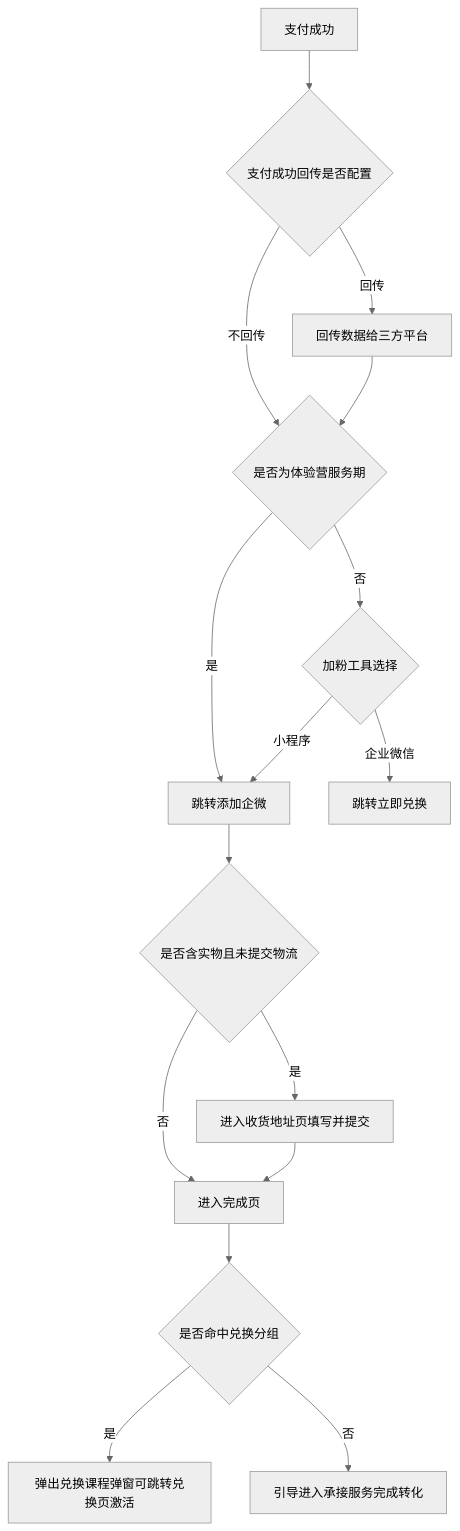
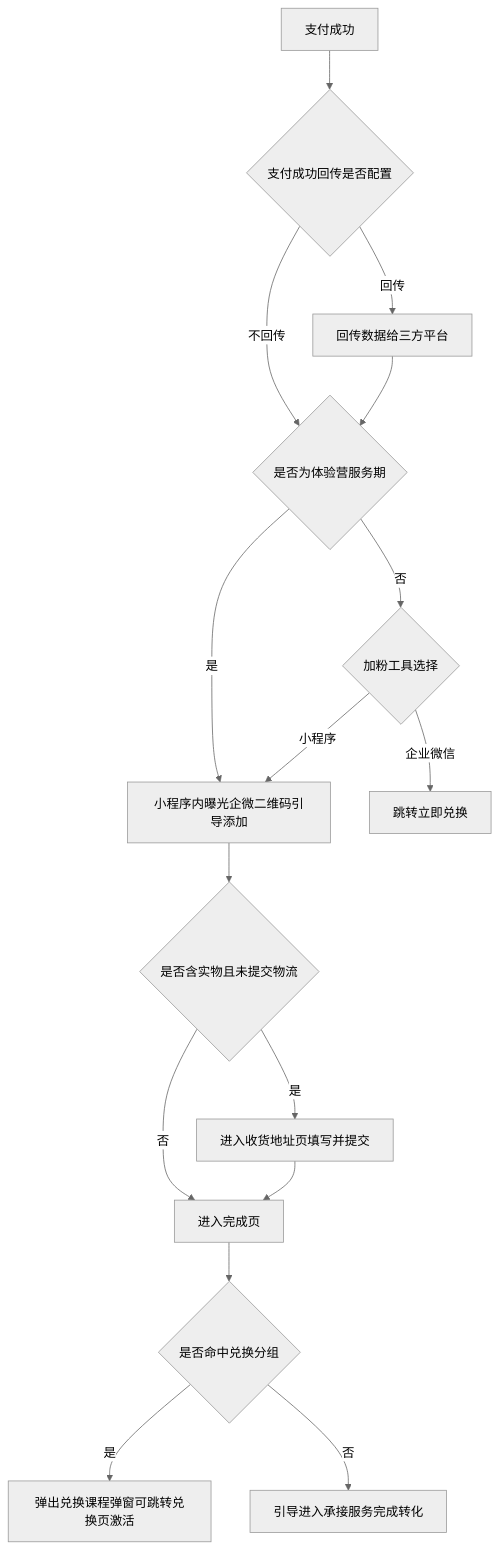
One commit to Yping-98/prototypes changed the ninth of 9 diagrams in tyy-weapp-order/PRD-体验营投放链路小程序承接.md. Above: the diagram before and after it, drawn with Mermaid (neutral theme). The commit also changed other lines of this file and 1 other file, not shown here.

````diff
--- a/tyy-weapp-order/PRD-体验营投放链路小程序承接.md
+++ b/tyy-weapp-order/PRD-体验营投放链路小程序承接.md
@@ -308,18 +308,18 @@
 ```mermaid
 flowchart TD
     A[支付成功] --> B{支付成功回传是否配置}
     B -->|回传| C[回传数据给三方平台]
     B -->|不回传| D{是否为体验营服务期}
     C --> D
-    D -->|是| E[跳转添加企微]
+    D -->|是| E[小程序内曝光企微二维码引导添加]
     D -->|否| F{加粉工具选择}
     F -->|小程序| E
     F -->|企业微信| G[跳转立即兑换]
     E --> H{是否含实物且未提交物流}
     H -->|是| I[进入收货地址页填写并提交]
     H -->|否| J[进入完成页]
     I --> J
     J --> K{是否命中兑换分组}
     K -->|是| L[弹出兑换课程弹窗可跳转兑换页激活]
     K -->|否| M[引导进入承接服务完成转化]
 ```
````
